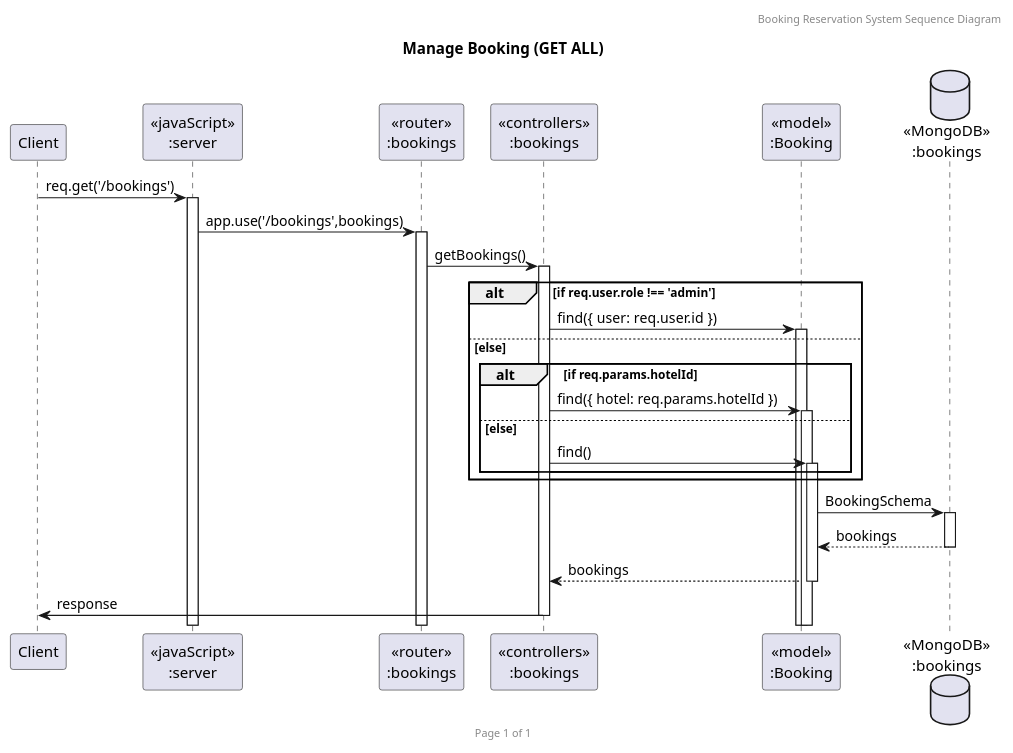
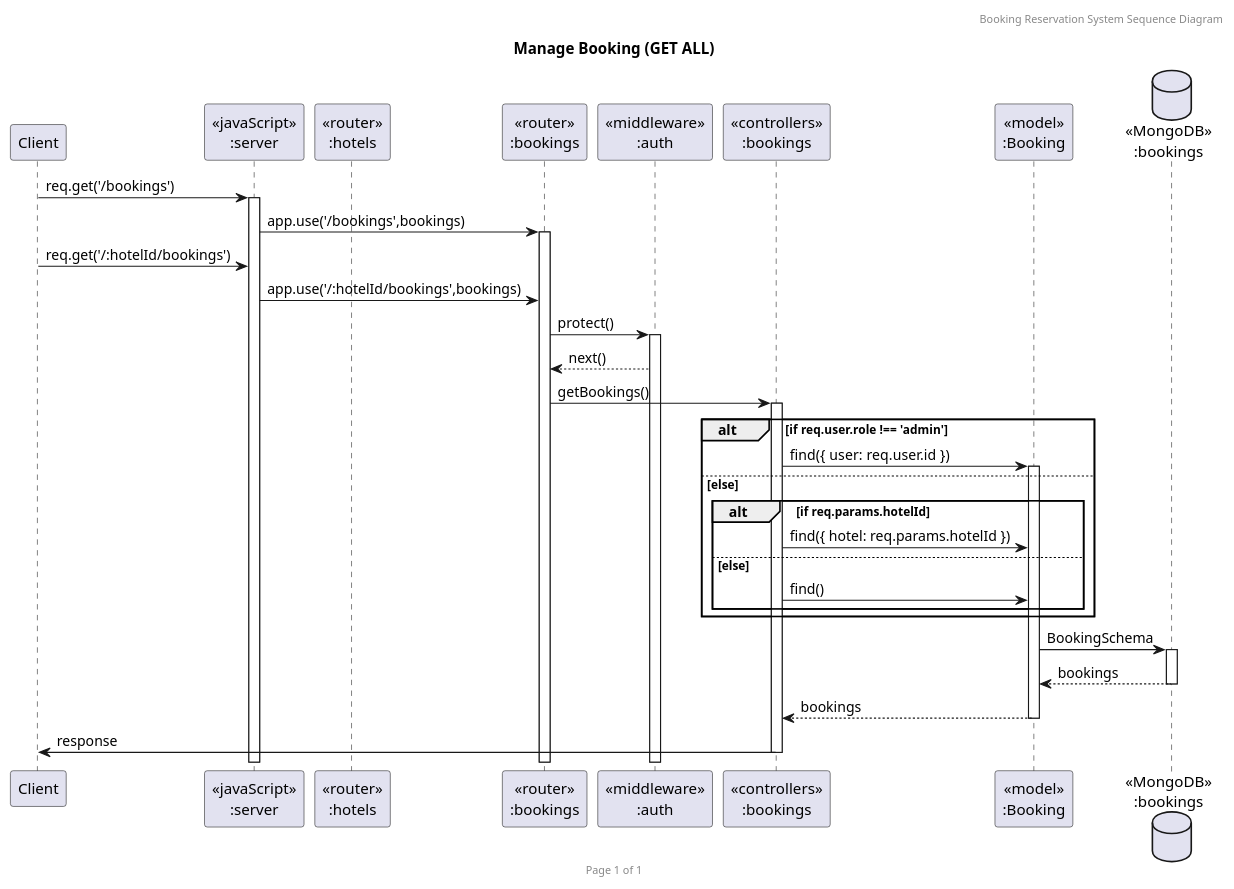
One commit to 2110503TACEDT66/presentation-day-1-chue-rai-dee changed the diagram in UML/SequenceDiagram/Booking/getAll.puml. Above: the diagram before and after it, drawn with PlantUML. The commit also changed 25 other files, not shown here.

Commit message:
added protect and authorize to sequence diagrams

```diff
--- a/UML/SequenceDiagram/Booking/getAll.puml
+++ b/UML/SequenceDiagram/Booking/getAll.puml
@@ -1,31 +1,37 @@
 @startuml Manage Booking (GET ALL)
 
 header Booking Reservation System Sequence Diagram
 footer Page %page% of %lastpage%
 title "Manage Booking (GET ALL)"
 
 participant "Client" as client
 participant "<<javaScript>>\n:server" as server
+participant "<<router>>\n:hotels" as hotelBookings
 participant "<<router>>\n:bookings" as routerBookings
+participant "<<middleware>>\n:auth" as middlewareAuth
 participant "<<controllers>>\n:bookings" as controllersBookings
 participant "<<model>>\n:Booking" as modelBooking
 database "<<MongoDB>>\n:bookings" as BookingsDatabase
 
 client->server ++:req.get('/bookings')
 server->routerBookings ++:app.use('/bookings',bookings)
+client->server :req.get('/:hotelId/bookings')
+server->routerBookings :app.use('/:hotelId/bookings',bookings)
+routerBookings->middlewareAuth ++:protect()
+middlewareAuth-->routerBookings :next()
 routerBookings -> controllersBookings ++:getBookings()
 alt if req.user.role !== 'admin'
     controllersBookings->modelBooking ++:find({ user: req.user.id })
 else else
     alt if req.params.hotelId
-        controllersBookings->modelBooking ++:find({ hotel: req.params.hotelId })
+        controllersBookings->modelBooking :find({ hotel: req.params.hotelId })
     else else
-        controllersBookings->modelBooking ++:find()
+        controllersBookings->modelBooking :find()
     end
 end
 modelBooking ->BookingsDatabase ++: BookingSchema
 BookingsDatabase --> modelBooking --: bookings
 controllersBookings <-- modelBooking --:bookings
 controllersBookings->client --:response
 
 @enduml
```
